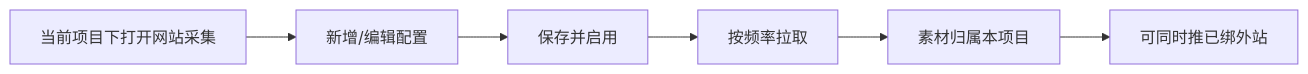
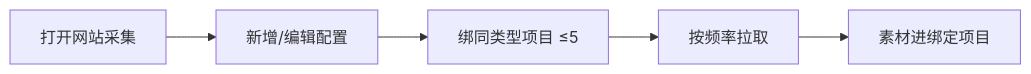
The ninth of 10 diagrams in fangzhou/方舟-To-Be主流程泳道图.md (limliu520/OverseasCompany), drawn with Mermaid before and after one commit. The commit also changed other lines of this file and 34 other files, not shown here.

````diff
--- a/fangzhou/方舟-To-Be主流程泳道图.md
+++ b/fangzhou/方舟-To-Be主流程泳道图.md
@@ -356,8 +356,7 @@
 ```mermaid
 flowchart LR
-  W1[当前项目下打开网站采集] --> W2[新增/编辑配置]
-  W2 --> W3[保存并启用]
+  W1[打开网站采集] --> W2[新增/编辑配置]
+  W2 --> W3[绑同类型项目 ≤5]
   W3 --> W4[按频率拉取]
-  W4 --> W5[素材归属本项目]
-  W5 --> W6[可同时推已绑外站]
+  W4 --> W5[素材进绑定项目]
 ```
````
